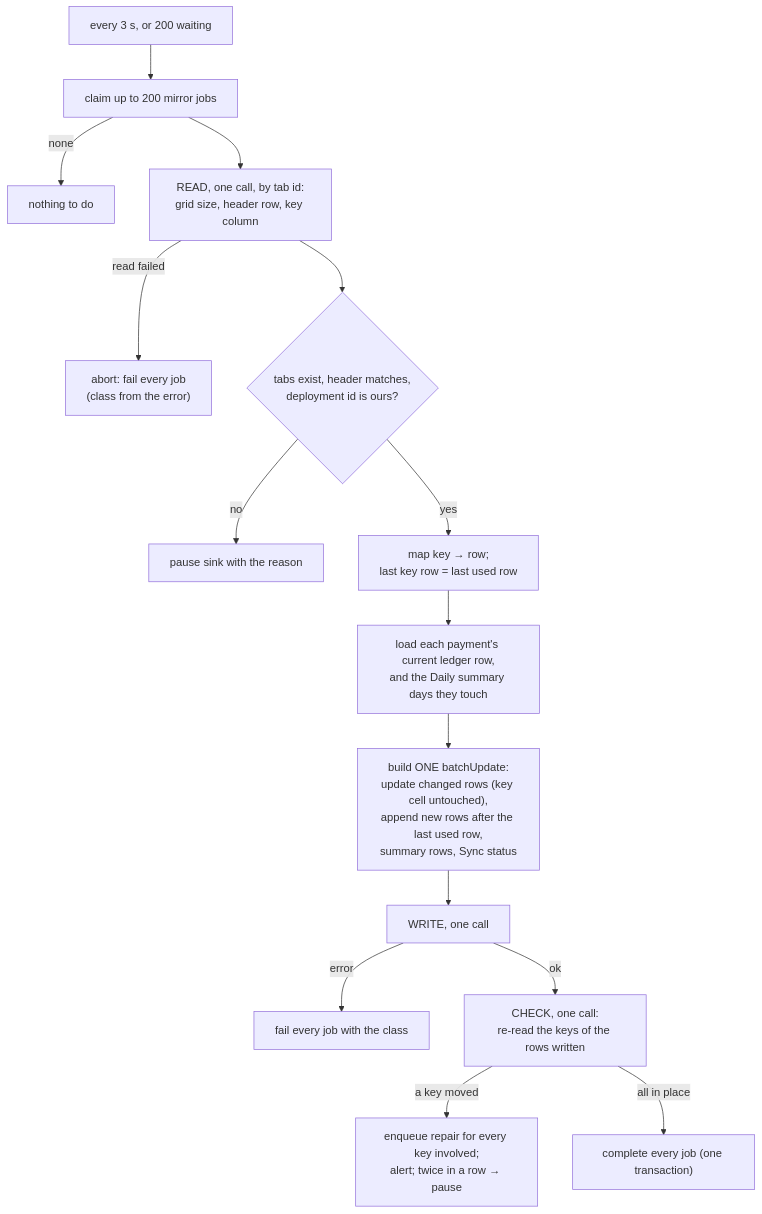
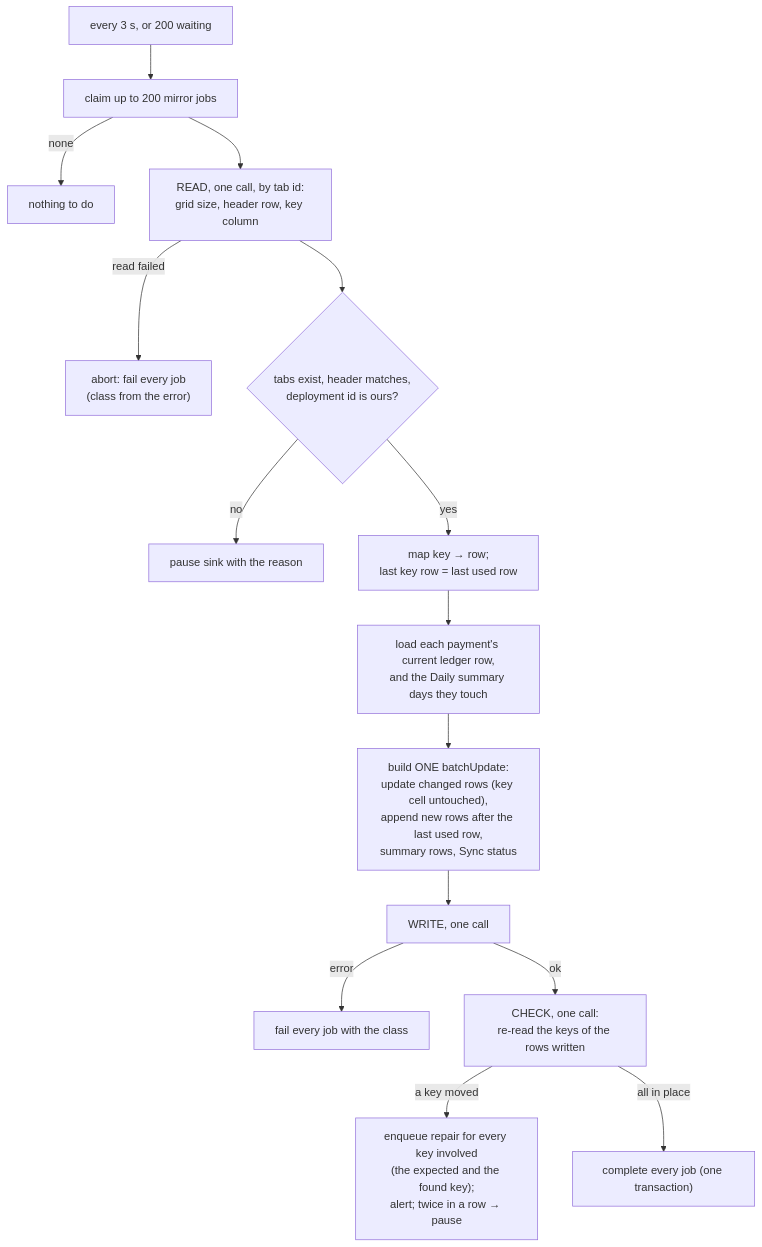
One commit to lalitkarthik/webhook-sync changed the first of 2 diagrams in docs/design/sheets-sink.md. Above: the diagram before and after it, drawn with Mermaid. The commit also changed other lines of this file and 67 other files, not shown here.

````diff
--- a/docs/design/sheets-sink.md
+++ b/docs/design/sheets-sink.md
@@ -38,17 +38,17 @@
 ```mermaid
 flowchart TD
   T["every 3 s, or 200 waiting"] --> CL["claim up to 200 mirror jobs"]
   CL -- none --> IDLE["nothing to do"]
   CL --> RD["READ, one call, by tab id:<br/>grid size, header row, key column"]
   RD -- "read failed" --> AB["abort: fail every job<br/>(class from the error)"]
   RD --> HC{"tabs exist, header matches,<br/>deployment id is ours?"}
   HC -- no --> PA["pause sink with the reason"]
   HC -- yes --> MAP["map key → row;<br/>last key row = last used row"]
   MAP --> LD["load each payment's current ledger row,<br/>and the Daily summary days they touch"]
   LD --> BLD["build ONE batchUpdate:<br/>update changed rows (key cell untouched),<br/>append new rows after the last used row,<br/>summary rows, Sync status"]
   BLD --> WR["WRITE, one call"]
   WR -- error --> FL["fail every job with the class"]
   WR -- ok --> CHK["CHECK, one call:<br/>re-read the keys of the rows written"]
-  CHK -- "a key moved" --> RP["enqueue repair for every key involved;<br/>alert; twice in a row → pause"]
+  CHK -- "a key moved" --> RP["enqueue repair for every key involved<br/>(the expected and the found key);<br/>alert; twice in a row → pause"]
   CHK -- "all in place" --> DONE["complete every job (one transaction)"]
 ```
````
